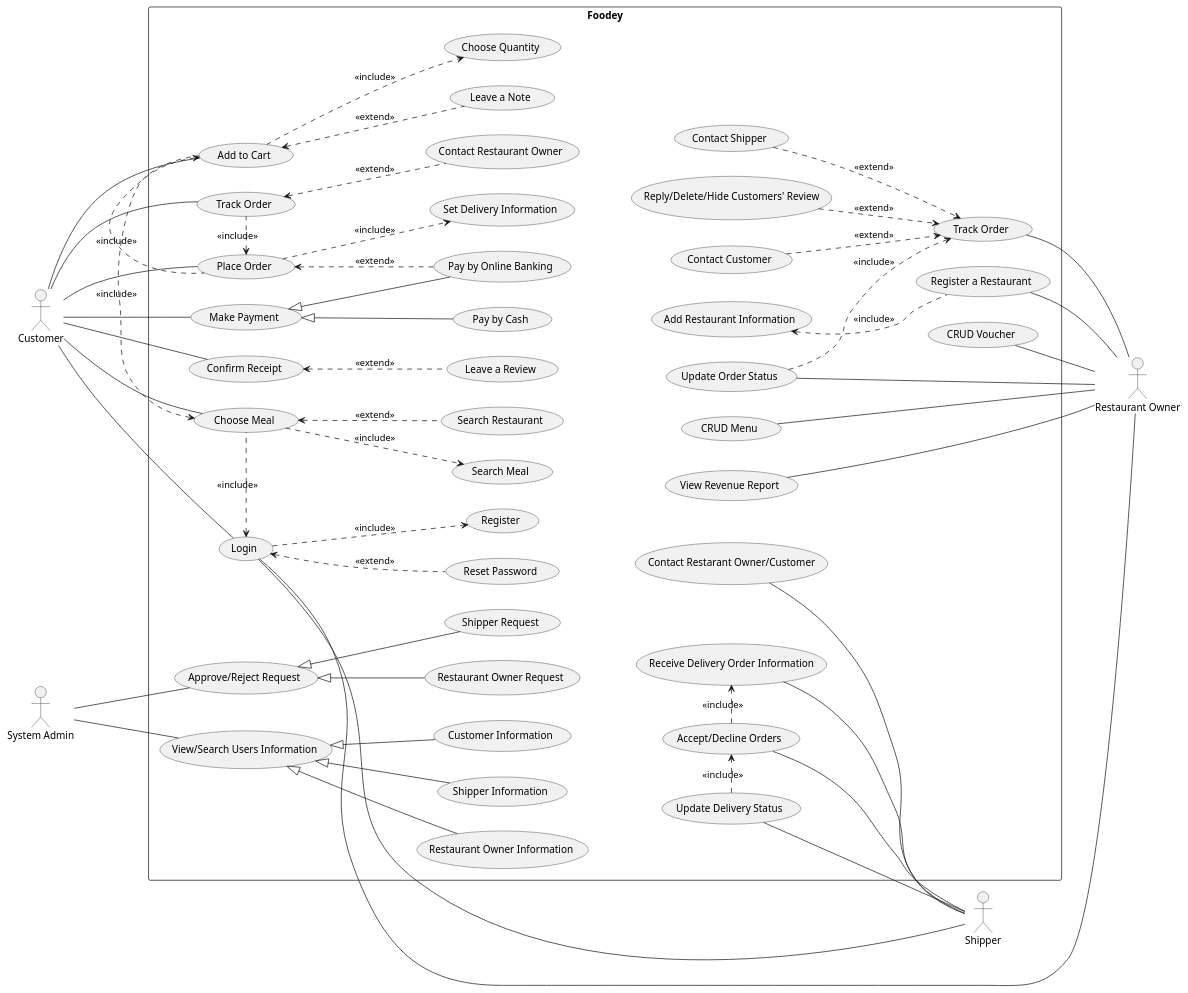
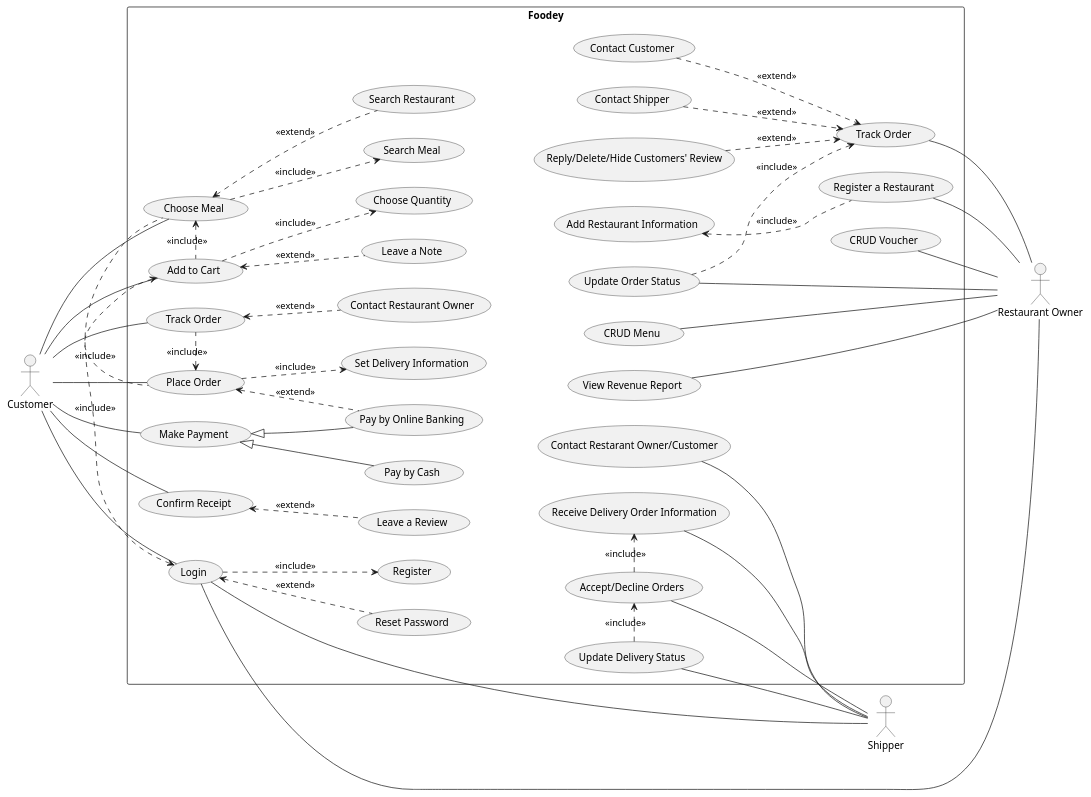
The diagram in Lab 1/Lab 1.2/usecase.wsd (ledoantantri/SE357-Pratice-class), drawn with PlantUML before and after one commit. The commit also changed 1 other file, not shown here.

```diff
--- a/Lab 1/Lab 1.2/usecase.wsd
+++ b/Lab 1/Lab 1.2/usecase.wsd
@@ -1,140 +1,140 @@
 @startuml Foodey_usecase
 
 left to right direction
 
 actor "Customer" as Cm
 actor "Restaurant Owner" as RO
 actor "Shipper" as Shp
-actor "System Admin" as SA
+' actor "System Admin" as SA
 
 rectangle Foodey{
     '================================Customer================================'
     usecase "Login" as UC1
     usecase "Choose Meal" as UC2
     usecase "Add to Cart" as UC3
     usecase "Place Order" as UC4 
     usecase "Make Payment" as UC5 
     usecase "Track Order" as UC6
 
     UC2 .l.> UC1: <<include>>
     UC3 .l.> UC2: <<include>>
     UC4 .l.> UC3: <<include>>
     UC6 .l.> UC4: <<include>>
 
     usecase "Register" as UC7
     usecase "Reset Password" as UC8
     UC1 ..> UC7: <<include>>
     UC1 <.. UC8: <<extend>>
 
     usecase "Search Restaurant" as UC9
     usecase "Search Meal" as UC10
     UC2 <.. UC9: <<extend>>
     UC2 ..> UC10: <<include>>
 
     usecase "Choose Quantity" as UC11
     usecase "Leave a Note" as UC12
     UC3 ..> UC11: <<include>>
     UC3 <.. UC12: <<extend>>
 
     usecase "Set Delivery Information" as UC13
     UC4 ..> UC13: <<include>>
 
     usecase "Contact Restaurant Owner" as UC14
     UC6 <.. UC14: <<extend>>
 
     usecase "Pay by Cash" as UC15
     usecase "Pay by Online Banking" as UC16
     UC5 <|-- UC15
     UC5 <|-- UC16
     UC4 <.. UC16: <<extend>>
 
     usecase "Confirm Receipt" as UC17
     usecase "Leave a Review" as UC18
     UC17 <.. UC18: <<extend>>
 
     '================================Restaurant Owner================================'
     usecase "Register a Restaurant" as UC19
     usecase "Add Restaurant Information" as UC20
     UC20 <.. UC19: <<include>>
 
     usecase "CRUD Menu" as UC21
 
     usecase "CRUD Voucher" as UC22
 
     usecase "Track Order" as UC23
     usecase "Update Order Status" as UC24
     usecase "Contact Customer" as UC25
     usecase "Contact Shipper" as UC26
     usecase "Reply/Delete/Hide Customers' Review" as UC27
     UC24 ..> UC23: <<include>>
     UC25 ..> UC23: <<extend>>
     UC26 ..> UC23: <<extend>>
     UC27 ..> UC23: <<extend>>
 
     usecase "View Revenue Report" as UC28
 
     '================================Shipper================================'
     usecase "Receive Delivery Order Information" as UC29
     usecase "Accept/Decline Orders" as UC30
     usecase "Update Delivery Status" as UC31
     usecase "Contact Restarant Owner/Customer" as UC32
     UC30 .r.> UC29: <<include>>
     UC31 .r.> UC30: <<include>>
 
-    '================================System Admin================================'
-    usecase "View/Search Users Information" as UC33
-    usecase "Customer Information" as UC34
-    usecase "Restaurant Owner Information" as UC35
-    usecase "Shipper Information" as UC36
-    UC33 <|-- UC34
-    UC33 <|-- UC35
-    UC33 <|-- UC36
+    ' '================================System Admin================================'
+    ' usecase "View/Search Users Information" as UC33
+    ' usecase "Customer Information" as UC34
+    ' usecase "Restaurant Owner Information" as UC35
+    ' usecase "Shipper Information" as UC36
+    ' UC33 <|-- UC34
+    ' UC33 <|-- UC35
+    ' UC33 <|-- UC36
 
-    usecase "Approve/Reject Request" as UC37
-    usecase "Restaurant Owner Request" as UC38
-    usecase "Shipper Request" as UC39
-    UC37 <|-- UC38
-    UC37 <|-- UC39
+    ' usecase "Approve/Reject Request" as UC37
+    ' usecase "Restaurant Owner Request" as UC38
+    ' usecase "Shipper Request" as UC39
+    ' UC37 <|-- UC38
+    ' UC37 <|-- UC39
 }
 '===== Cm usecases ====='
 Cm -- UC1
 Cm -- UC2
 Cm -- UC3
 Cm -- UC4
 Cm -- UC5
 Cm -- UC6
 Cm -- UC17
 
 '===== RO usecases ====='
 UC1 -- RO
 UC19 -- RO
 UC21 -- RO
 UC22 -- RO
 UC23 -- RO
 UC24 -- RO
 UC28 -- RO
 
 '===== Shp usecases ====='
 UC1 -- Shp
 UC29 -- Shp
 UC30 - Shp
 UC31 -- Shp
 UC32 -- Shp
 
-'===== SA usecases ====='
-SA -- UC33
-SA -- UC37
+' '===== SA usecases ====='
+' SA -- UC33
+' SA -- UC37
 
 'Hidden link to customize the layout
 UC15 -[hidden]- UC20
 UC15 -[hidden]- UC21
 UC21 -[hidden]- UC22
 UC15 -[hidden]- UC25
 UC15 -[hidden]- UC28
 
 UC15 -[hidden]- UC29
 UC15 -[hidden]- UC30
 UC15 -[hidden]- UC31
 UC15 -[hidden]- UC32
 
 @enduml
```
